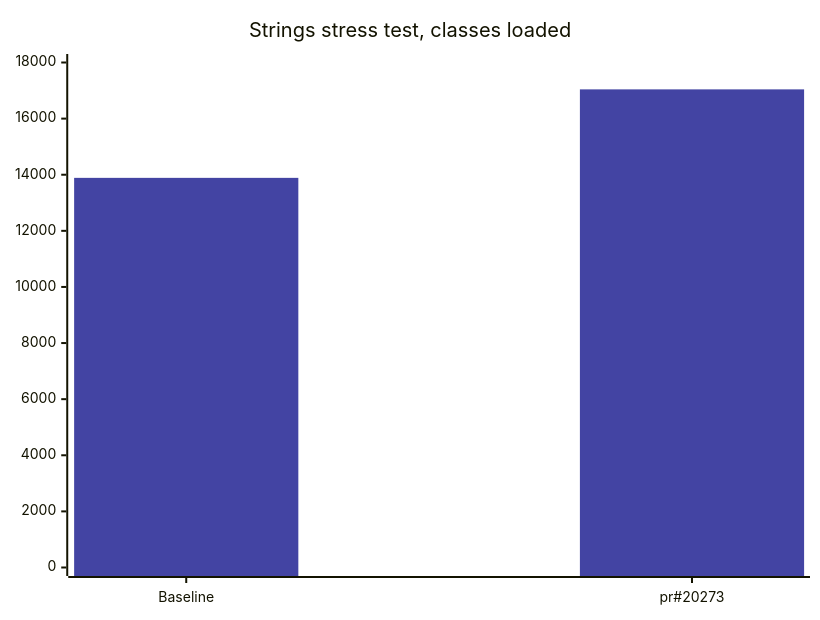
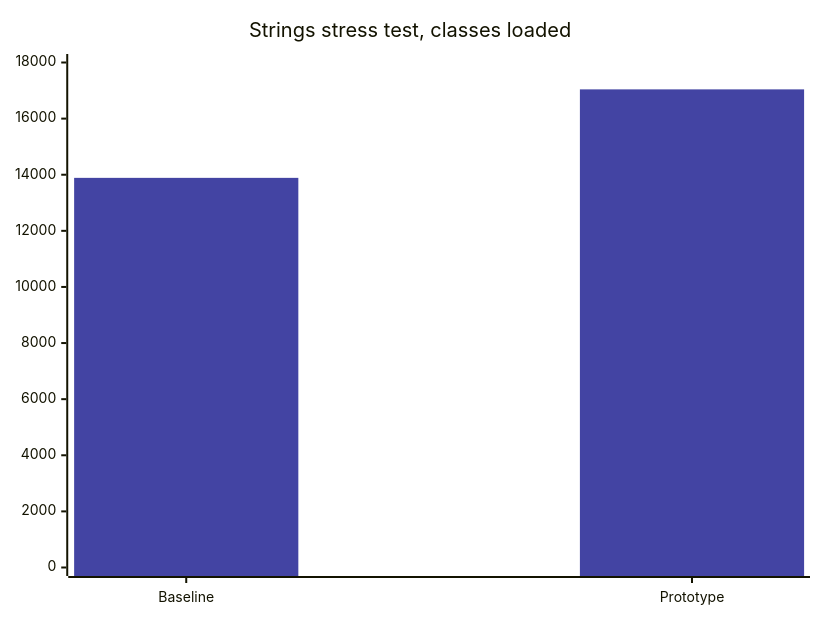
The seventh of 7 diagrams in presentations/jvmls2024/draft.md (cl4es/cl4es.github.io), drawn with Mermaid before and after one commit.

````diff
--- a/presentations/jvmls2024/draft.md
+++ b/presentations/jvmls2024/draft.md
@@ -653,16 +653,16 @@
 ```mermaid
 ---
 config:
     xyChart:
         width: 800
         height: 600
     themeVariables:
         xyChart:
             plotColorPalette: "#4344A3, #B34443" 
 ---
 xychart-beta
   title "Strings stress test, classes loaded"
-  x-axis [Baseline, pr#20273]
+  x-axis [Baseline, Prototype]
   y-axis 0 --> 18000
   bar [13888, 17042]
 ```
````
